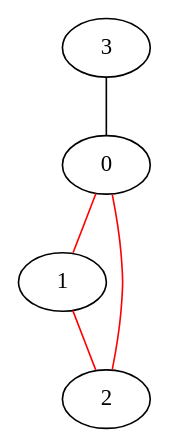
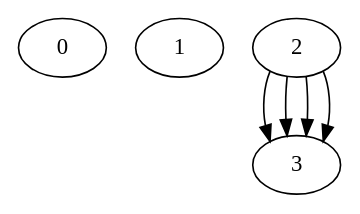
One commit to MichaelKolesnikov/Graphs changed the diagram in Visualization/output_graph.dot. Above: the diagram before and after it, drawn with Graphviz. The commit also changed 9 other files, not shown here.

Commit message:
bag with cycle search in directed has been fixed, cycle_end has been deleted due to its uselessness, switching between graph types has been added

```diff
--- a/Visualization/output_graph.dot
+++ b/Visualization/output_graph.dot
@@ -1,14 +1,14 @@
-graph G {
+digraph G {
 0;
 1;
 2;
 3;
-1 -- 2 [color=red]
+2 -> 3 []
 ;
-0 -- 2 [color=red]
+2 -> 3 []
 ;
-0 -- 1 [color=red]
+2 -> 3 []
 ;
-3 -- 0 [color=black]
+2 -> 3 []
 ;
 }
```
